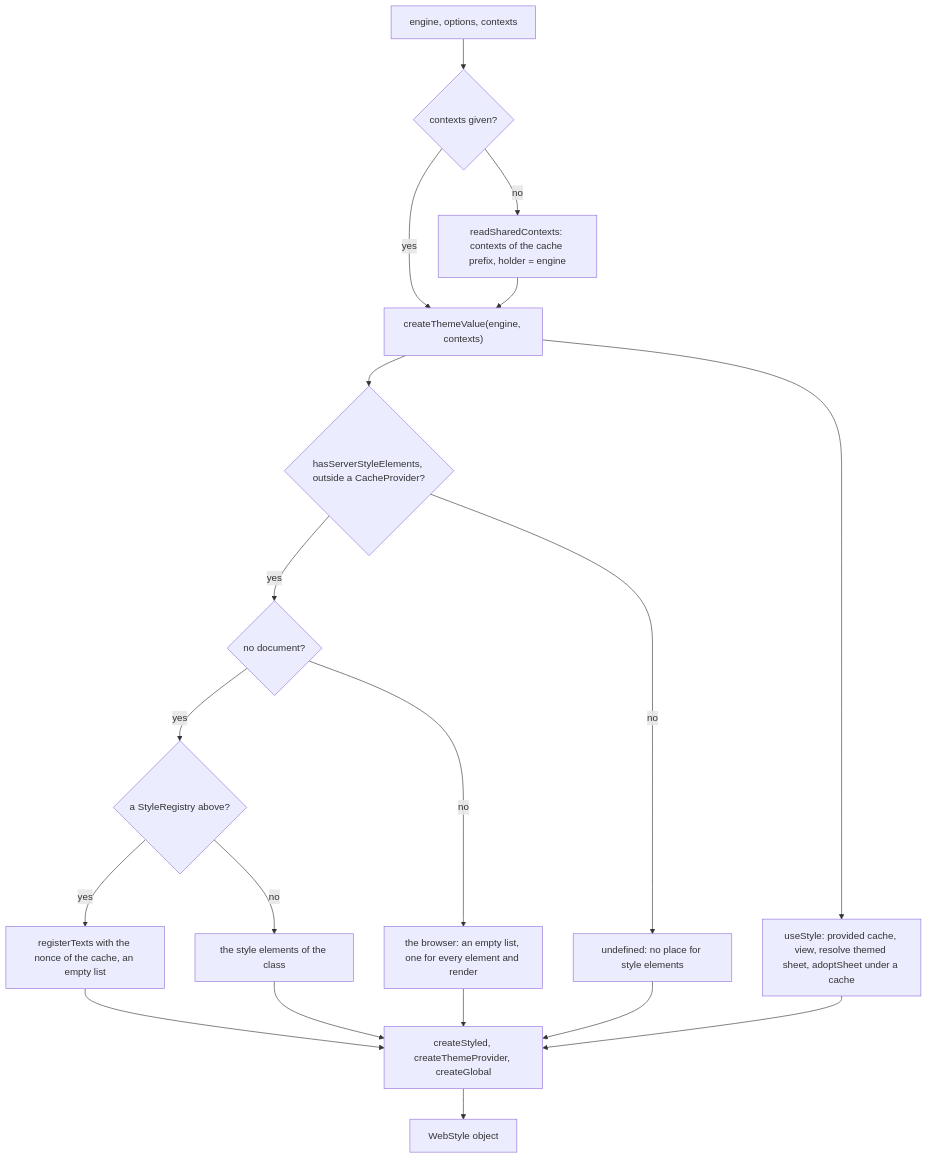
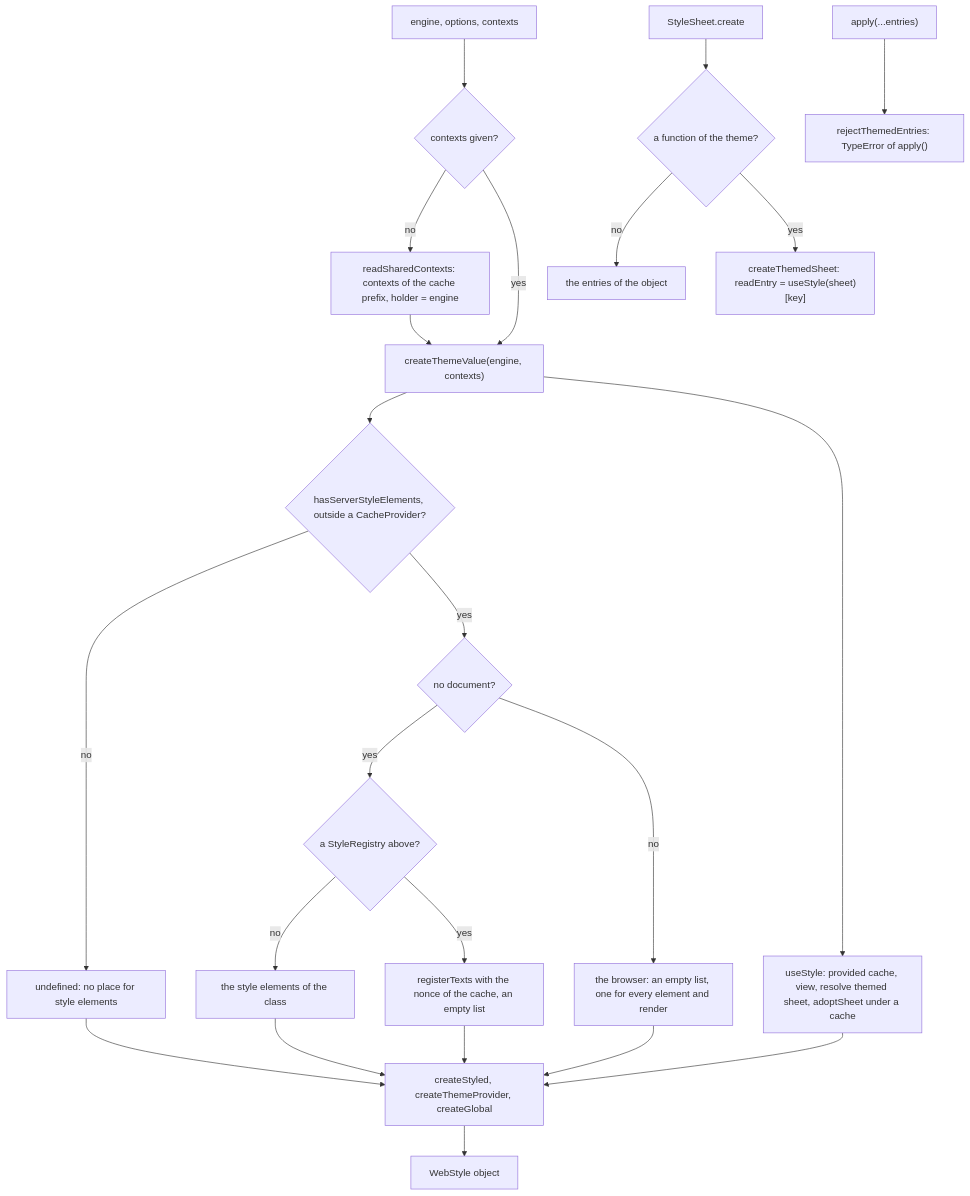
Before and after one commit to soroush-tech/umber-style: the diagram in packages/react/src/createStyle.md, drawn with Mermaid. The commit also changed other lines of this file and 80 other files, not shown here.

Commit message:
feat: a styled component resolves an entry of a theme sheet given to its style prop with no useStyle, and SheetStyleProp types a style prop of sheet entries in every binding - close #88, close #89

````diff
--- a/packages/react/src/createStyle.md
+++ b/packages/react/src/createStyle.md
@@ -22,21 +22,25 @@
 ```mermaid
 flowchart TD
   engine["engine, options, contexts"] --> shared{"contexts given?"}
   shared -->|no| prefix["readSharedContexts: contexts of the cache prefix, holder = engine"]
   shared -->|yes| value["createThemeValue(engine, contexts)"]
   prefix --> value
   value --> hasEls{"hasServerStyleElements, outside a CacheProvider?"}
   hasEls -->|no| none["undefined: no place for style elements"]
   hasEls -->|yes| doc{"no document?"}
   doc -->|yes| reg{"a StyleRegistry above?"}
   reg -->|no| els["the style elements of the class"]
   reg -->|yes| registered["registerTexts with the nonce of the cache, an empty list"]
   registered --> parts
   doc -->|no| empty["the browser: an empty list, one for every element and render"]
   value --> use["useStyle: provided cache, view, resolve themed sheet, adoptSheet under a cache"]
+  create["StyleSheet.create"] --> kind{"a function of the theme?"}
+  kind -->|no| entries["the entries of the object"]
+  kind -->|yes| handles["createThemedSheet: readEntry = useStyle(sheet)[key]"]
+  apply["apply(...entries)"] --> reject["rejectThemedEntries: TypeError of apply()"]
   els --> parts["createStyled, createThemeProvider, createGlobal"]
   empty --> parts
   none --> parts
   use --> parts
   parts --> out["WebStyle object"]
 ```
````
